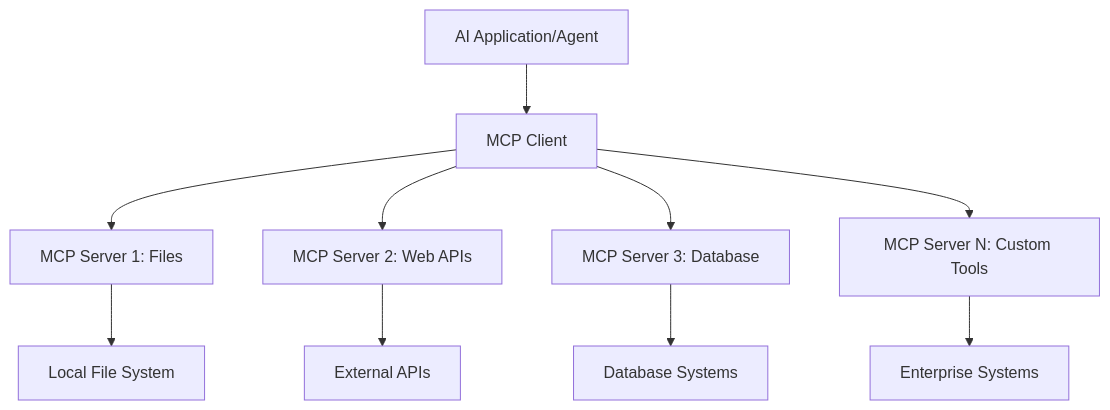
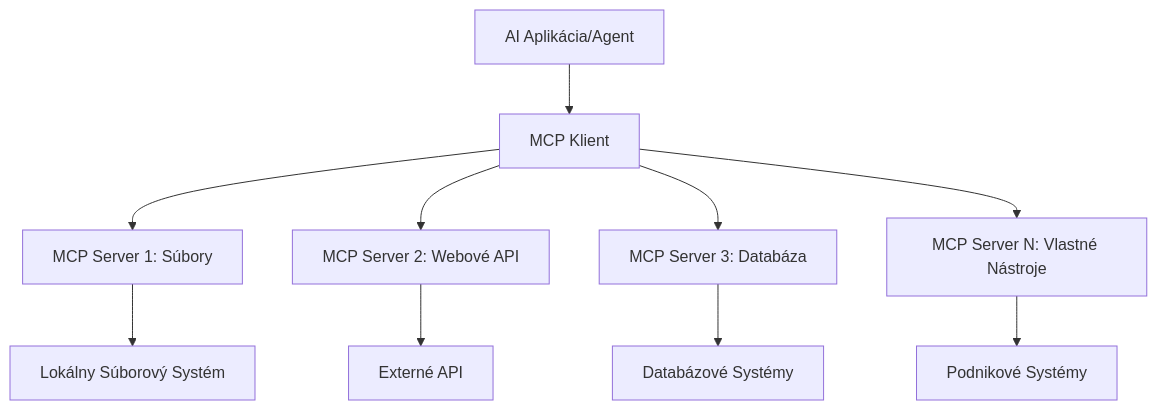
The diagram in mcp_ecosystem__model_context_protocol/mcp_learning_resources/mcp-for-beginners/translations/sk/10-StreamliningAIWorkflowsBuildingAnMCPServerWithAIToolkit/lab2/README.md (HIDORAKAI002/ai-workspace-archive), drawn with Mermaid before and after one commit. The commit also changed other lines of this file and 1539 other files, not shown here.

````diff
--- a/mcp_ecosystem__model_context_protocol/mcp_learning_resources/mcp-for-beginners/translations/sk/10-StreamliningAIWorkflowsBuildingAnMCPServerWithAIToolkit/lab2/README.md
+++ b/mcp_ecosystem__model_context_protocol/mcp_learning_resources/mcp-for-beginners/translations/sk/10-StreamliningAIWorkflowsBuildingAnMCPServerWithAIToolkit/lab2/README.md
@@ -51,13 +51,13 @@
 ```mermaid
 graph TB
-    A[AI Application/Agent] --> B[MCP Client]
-    B --> C[MCP Server 1: Files]
-    B --> D[MCP Server 2: Web APIs]
-    B --> E[MCP Server 3: Database]
-    B --> F[MCP Server N: Custom Tools]
+    A[AI Aplikácia/Agent] --> B[MCP Klient]
+    B --> C[MCP Server 1: Súbory]
+    B --> D[MCP Server 2: Webové API]
+    B --> E[MCP Server 3: Databáza]
+    B --> F[MCP Server N: Vlastné Nástroje]
     
-    C --> G[Local File System]
-    D --> H[External APIs]
-    E --> I[Database Systems]
-    F --> J[Enterprise Systems]
+    C --> G[Lokálny Súborový Systém]
+    D --> H[Externé API]
+    E --> I[Databázové Systémy]
+    F --> J[Podnikové Systémy]
 ```
````
